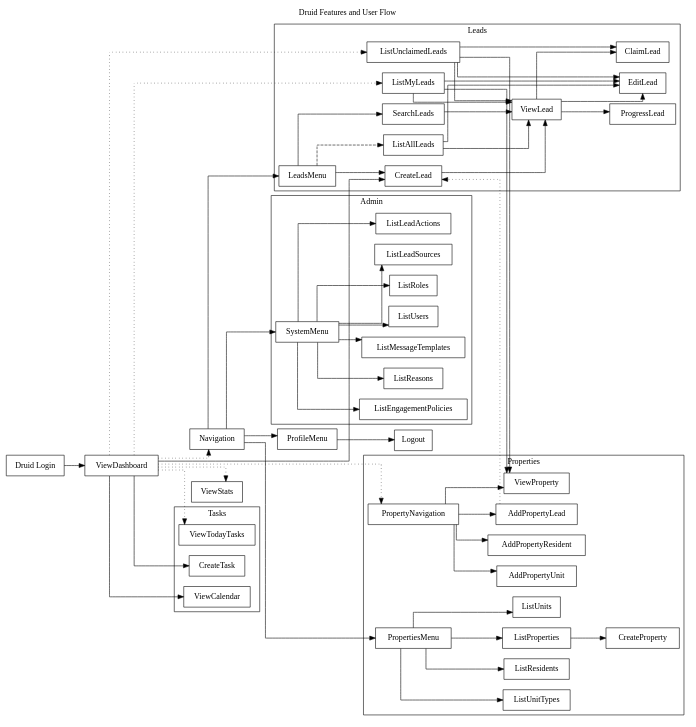
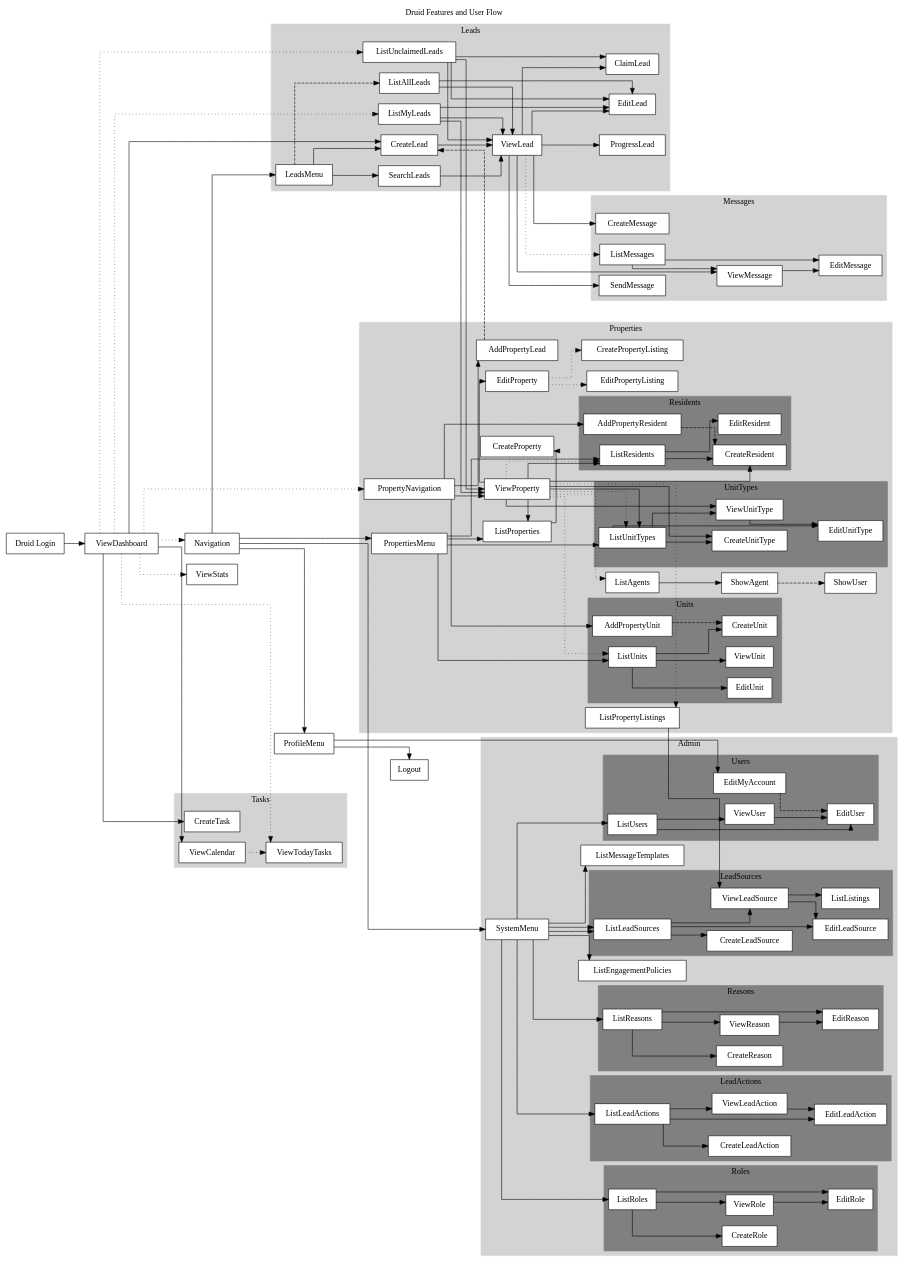
One commit to BetaNuTech/druid-web changed the diagram in doc/application-flow.dot. Above: the diagram before and after it, drawn with Graphviz. The commit also changed 7 other files, not shown here.

Commit message:
Application Flow Chart   * Created graphviz DOT source   * Added guard-rake gem   * Created rake task to compile dot files   * Added guard configuration to compile dot files upon change

```diff
--- a/doc/application-flow.dot
+++ b/doc/application-flow.dot
@@ -1,7 +1,7 @@
 digraph DruidAppHierarchy {
   label="Druid Features and User Flow";
   labelloc="t";
-  node[shape="rect"];
+  node[shape="rect",style=filled,color=black,fillcolor=white];
   splines="ortho";
   rankdir="LR";
 
@@ -27,17 +27,77 @@
 
   subgraph cluster0 {
     label="Admin";
-    SystemMenu->ListUsers;
+    style="filled";
+    color=lightgray;
     SystemMenu->ListRoles;
     SystemMenu->ListLeadSources;
     SystemMenu->ListLeadActions;
     SystemMenu->ListEngagementPolicies;
     SystemMenu->ListReasons;
     SystemMenu->ListMessageTemplates;
+    SystemMenu->ListLeadSources;
+
+    ListLeadSources->CreateLeadSource;
+
+    ListLeadActions->CreateLeadAction;
+    ListLeadActions->EditLeadAction;
+    subgraph cluster01 {
+      label="Users";
+      style="filled";
+      color=gray;
+      EditMyAccount->EditUser[style="dashed"];
+      ViewUser->EditUser;
+      ListUsers->EditUser;
+      ListUsers->ViewUser;
+    }
+    SystemMenu->ListUsers;
+
+    subgraph cluster02 {
+      label="LeadActions";
+      style="filled";
+      color="gray";
+      CreateLeadAction;
+      ListLeadActions->ViewLeadAction;
+      ViewLeadAction->EditLeadAction;
+    }
+
+    subgraph cluster03 {
+      label="Reasons";
+      style="filled";
+      color="gray";
+      ListReasons->CreateReason;
+      ListReasons->ViewReason;
+      ListReasons->EditReason;
+      ViewReason->EditReason;
+    }
+
+    subgraph cluster04 {
+      label="LeadSources";
+      style="filled";
+      color="gray";
+      CreateLeadSource;
+      ViewLeadSource;
+      ListLeadSources->ViewLeadSource;
+      ListLeadSources->EditLeadSource;
+      ViewLeadSource->EditLeadSource;
+      ViewLeadSource->ListListings;
+    }
+
+    subgraph cluster05 {
+      label="Roles";
+      style="filled";
+      color="gray";
+      ListRoles->CreateRole;
+      ListRoles->ViewRole;
+      ListRoles->EditRole;
+      ViewRole->EditRole;
+    }
   }
 
   subgraph cluster1 {
     label="Leads";
+    style="filled";
+    color=lightgray;
     CreateLead;
     SearchLeads;
 
@@ -67,6 +127,11 @@
 
   subgraph cluster2 {
     label="Properties";
+    style="filled";
+    color=lightgray;
+
+    { rank=same;ViewProperty;CreateProperty;ListProperties;EditProperty; }
+
     ViewProperty;
     CreateProperty;
     ListProperties->CreateProperty;
@@ -79,16 +144,92 @@
     PropertyNavigation->AddPropertyUnit;
     PropertyNavigation->AddPropertyResident;
 
-    AddPropertyLead->CreateLead[style="dotted"];
+    ViewProperty->EditProperty;
+    ViewProperty->ListProperties;
+
+    EditProperty->EditPropertyListing[style="dotted"];
+    EditProperty->CreatePropertyListing[style="dotted"];
+
+    AddPropertyLead->CreateLead[style="dashed"];
+    ViewProperty->ListPropertyListings[style="dotted"];
+    ListPropertyListings->ViewLeadSource;
+
+    ViewProperty->ListAgents[style="dotted"];
+    ListAgents->ShowAgent;
+    ShowAgent->ShowUser[style="dashed"];
+
+    ViewProperty->ListUnits[style="dotted"];
+    ListUnits->CreateUnit;
+    ListUnits->ViewUnit;
+    ListUnits->EditUnit;
+    subgraph cluster21 {
+      label="Units";
+      style="filled";
+      color="gray";
+      AddPropertyUnit;
+      CreateUnit;
+      AddPropertyUnit->CreateUnit[style="dashed"];
+      ViewUnit;
+      EditUnit;
+      ListUnits;
+    }
+
+    ViewProperty->CreateResident;
+    ViewProperty->ListResidents[style="dotted"];
+    ViewProperty->ListResidents;
+    subgraph cluster22 {
+      label="Residents";
+      style="filled";
+      color="gray";
+      AddPropertyResident;
+      AddPropertyResident->CreateResident[style="dashed"];
+      ListResidents->CreateResident;
+      ListResidents->EditResident;
+    }
+
+    ViewProperty->ListUnitTypes[style="dotted"];
+    ViewProperty->ListUnitTypes;
+    ViewProperty->CreateUnitType;
+    ViewProperty->ViewUnitType;
+    subgraph cluster23 {
+      label="UnitTypes";
+      style="filled";
+      color="gray";
+      ListUnitTypes->ViewUnitType;
+      ListUnitTypes->CreateUnitType;
+      ListUnitTypes->EditUnitType;
+      ViewUnitType->EditUnitType;
+    }
+
   }
-
 
 
   subgraph cluster3 {
     label="Tasks";
+    style="filled";
+    color=lightgray;
     ViewTodayTasks;
     ViewCalendar;
     CreateTask;
+    ViewCalendar->ViewTodayTasks[style="dotted"];
   }
 
+  ProfileMenu->EditMyAccount;
+
+  subgraph cluster5 {
+    label="Messages";
+    style="filled";
+    color=lightgray;
+    CreateMessage;
+    ViewMessage->EditMessage;
+    ListMessages->ViewMessage;
+    ListMessages->EditMessage;
+    SendMessage;
+  }
+
+  ViewLead->SendMessage;
+  ViewLead->CreateMessage;
+  ViewLead->ViewMessage;
+  ViewLead->ListMessages[style="dotted"];
+
 }
```
